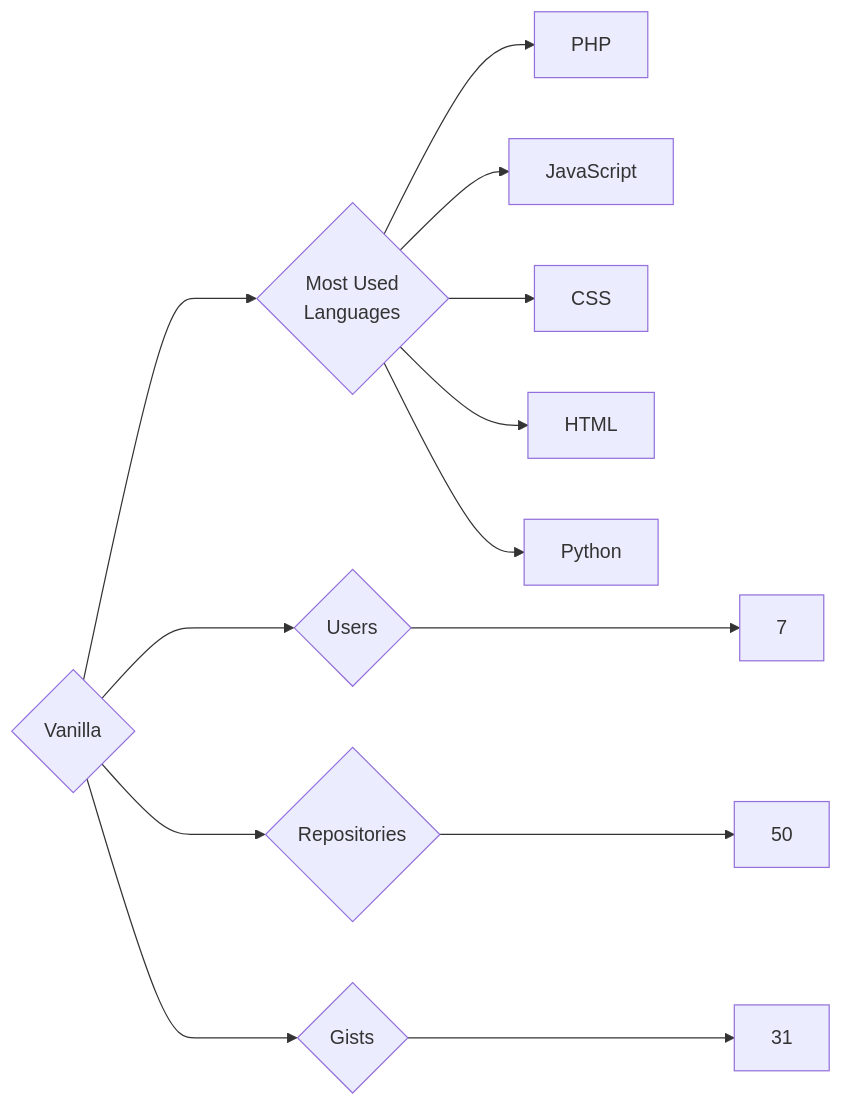
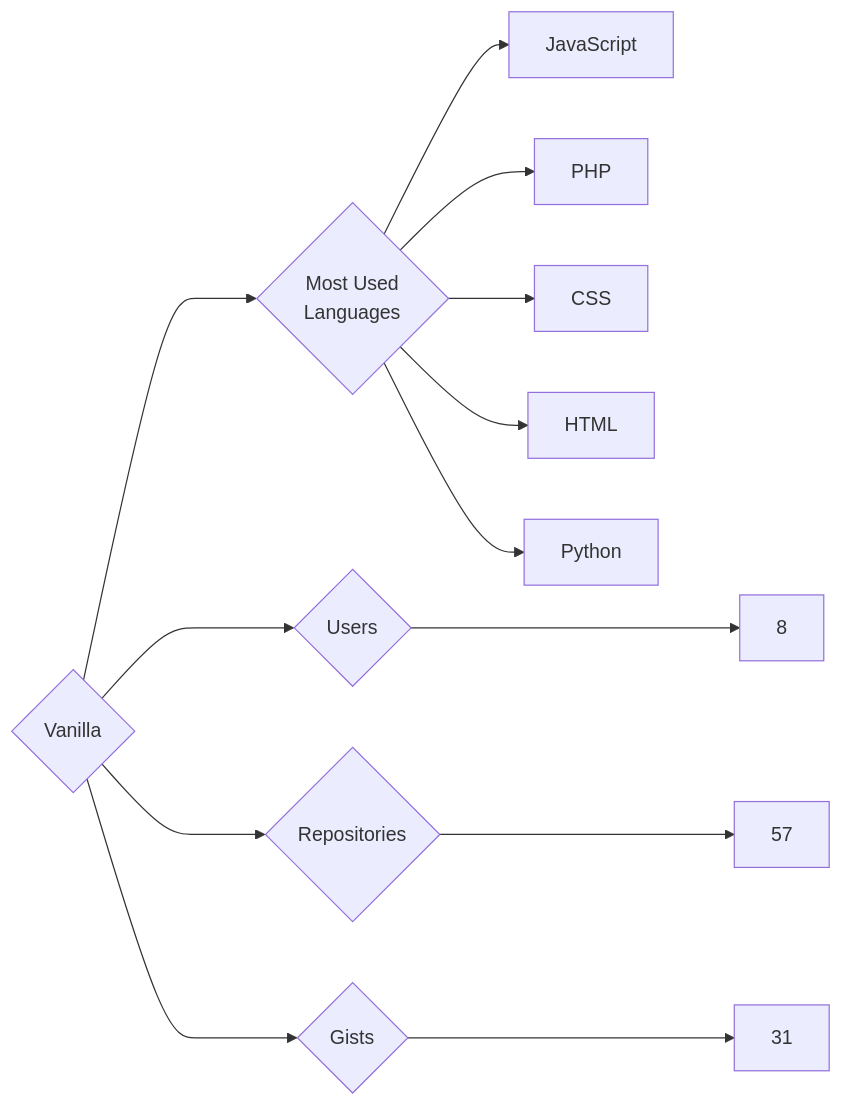
One commit to trickest/insiders changed the diagram in targets/Vanilla/README.md. Above: the diagram before and after it, drawn with Mermaid. The commit also changed 728 other files, not shown here.

````diff
--- a/targets/Vanilla/README.md
+++ b/targets/Vanilla/README.md
@@ -3,13 +3,13 @@
 ```mermaid
 graph LR
 COMPANY_NAME{Vanilla}
-COMPANY_NAME ---> U{Users} ---> UN[7]
-COMPANY_NAME ---> R{Repositories} ---> RN[50]
+COMPANY_NAME ---> U{Users} ---> UN[8]
+COMPANY_NAME ---> R{Repositories} ---> RN[57]
 COMPANY_NAME ---> G{Gists} ---> GN[31]
 COMPANY_NAME ---> ML{Most Used<br>Languages}
+ML --> JavaScript[JavaScript]
 ML --> PHP[PHP]
-ML --> JavaScript[JavaScript]
 ML --> CSS[CSS]
 ML --> HTML[HTML]
 ML --> Python[Python]
 ```
````
